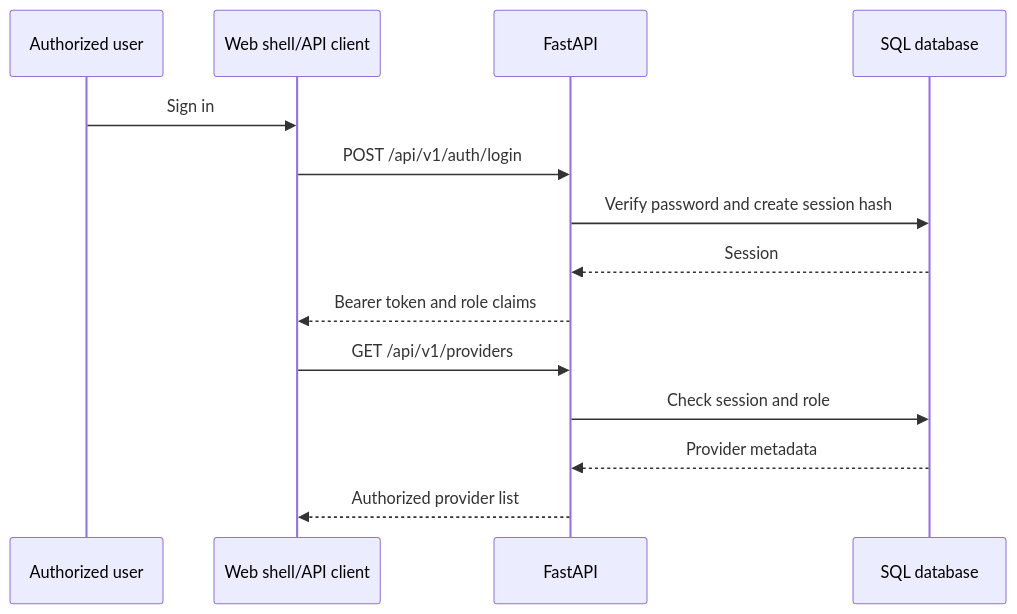
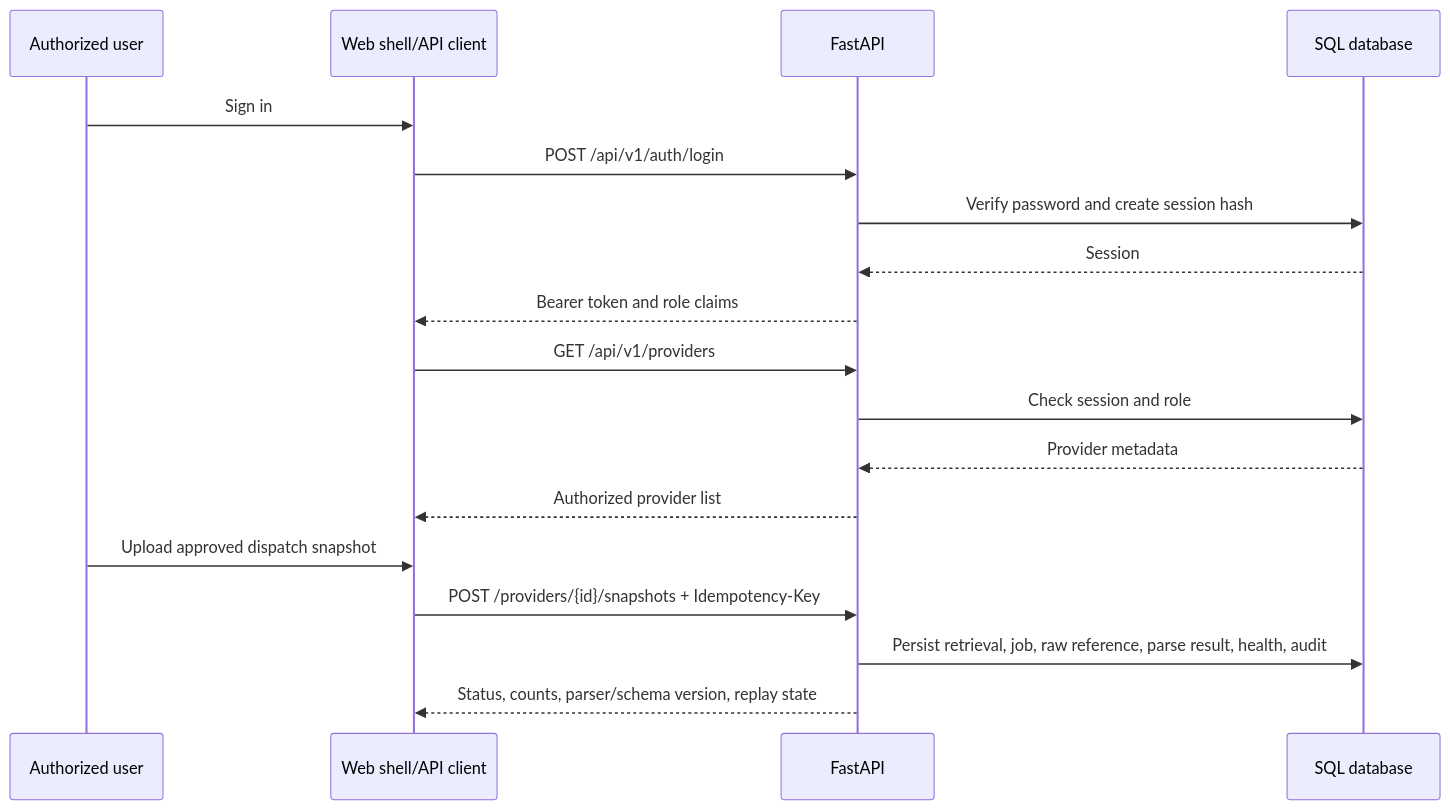
Before and after one commit to prospercode11/beyond-fire-radar: the second of 2 diagrams in docs/architecture/system-context.md, drawn with Mermaid. The commit also changed other lines of this file and 34 other files, not shown here.

````diff
--- a/docs/architecture/system-context.md
+++ b/docs/architecture/system-context.md
@@ -30,16 +30,20 @@
 ```mermaid
 sequenceDiagram
   participant U as Authorized user
   participant W as Web shell/API client
   participant A as FastAPI
   participant DB as SQL database
   U->>W: Sign in
   W->>A: POST /api/v1/auth/login
   A->>DB: Verify password and create session hash
   DB-->>A: Session
   A-->>W: Bearer token and role claims
   W->>A: GET /api/v1/providers
   A->>DB: Check session and role
   DB-->>A: Provider metadata
   A-->>W: Authorized provider list
+  U->>W: Upload approved dispatch snapshot
+  W->>A: POST /providers/{id}/snapshots + Idempotency-Key
+  A->>DB: Persist retrieval, job, raw reference, parse result, health, audit
+  A-->>W: Status, counts, parser/schema version, replay state
 ```
````
